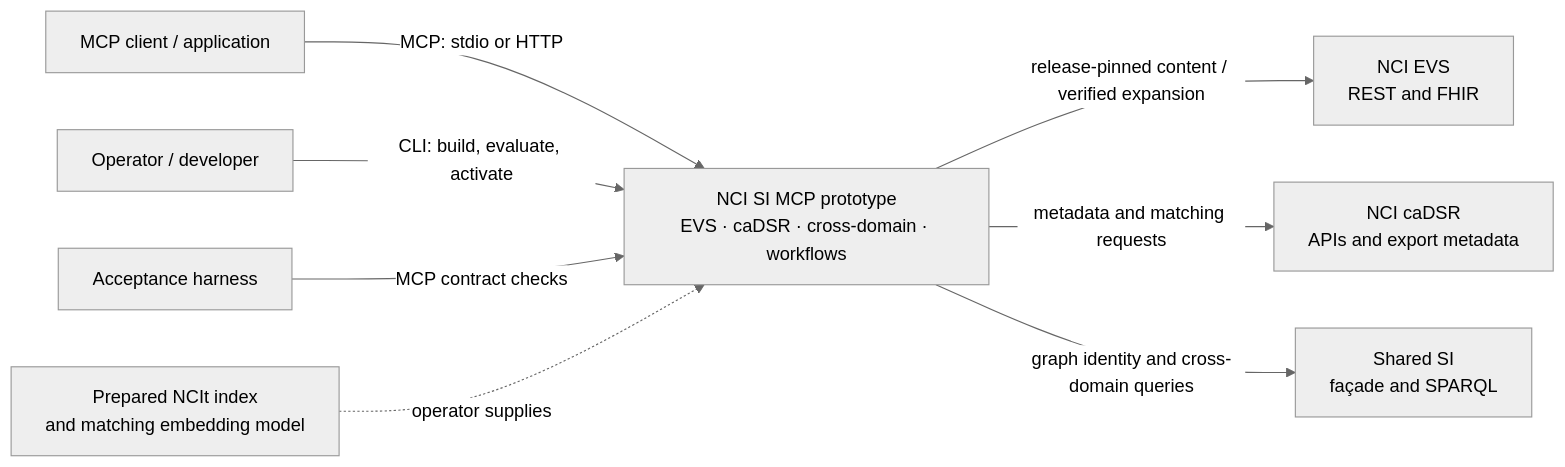
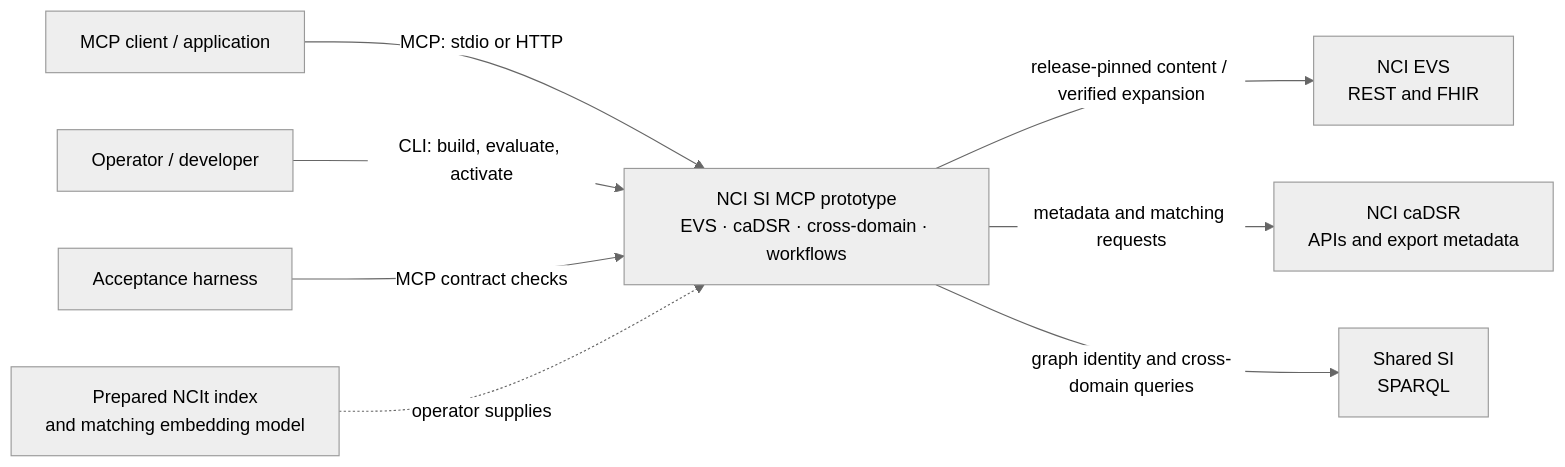
One commit to CBIIT/nci-si-mcp changed the first of 5 diagrams in ARCHITECTURE.md. Above: the diagram before and after it, drawn with Mermaid. The commit also changed other lines of this file and 25 other files, not shown here.

````diff
--- a/ARCHITECTURE.md
+++ b/ARCHITECTURE.md
@@ -47,26 +47,26 @@
 ```mermaid
 ---
 config:
   theme: neutral
   look: classic
   layout: dagre
   flowchart:
     wrappingWidth: 260
 ---
 flowchart LR
     Consumer["MCP client / application"]
     Operator["Operator / developer"]
     Suite["Acceptance harness"]
     SI["NCI SI MCP prototype<br/>EVS · caDSR · cross-domain · workflows"]
     EVS["NCI EVS<br/>REST and FHIR"]
     CADSR["NCI caDSR<br/>APIs and export metadata"]
-    SSIS["Shared SI<br/>façade and SPARQL"]
+    SSIS["Shared SI<br/>SPARQL"]
     Assets["Prepared NCIt index<br/>and matching embedding model"]
     Consumer -->|"MCP: stdio or HTTP"| SI
     Operator -->|"CLI: build, evaluate, activate"| SI
     Suite -->|"MCP contract checks"| SI
     Assets -. "operator supplies" .-> SI
     SI -->|"release-pinned content / verified expansion"| EVS
     SI -->|"metadata and matching requests"| CADSR
     SI -->|"graph identity and cross-domain queries"| SSIS
 ```
````
